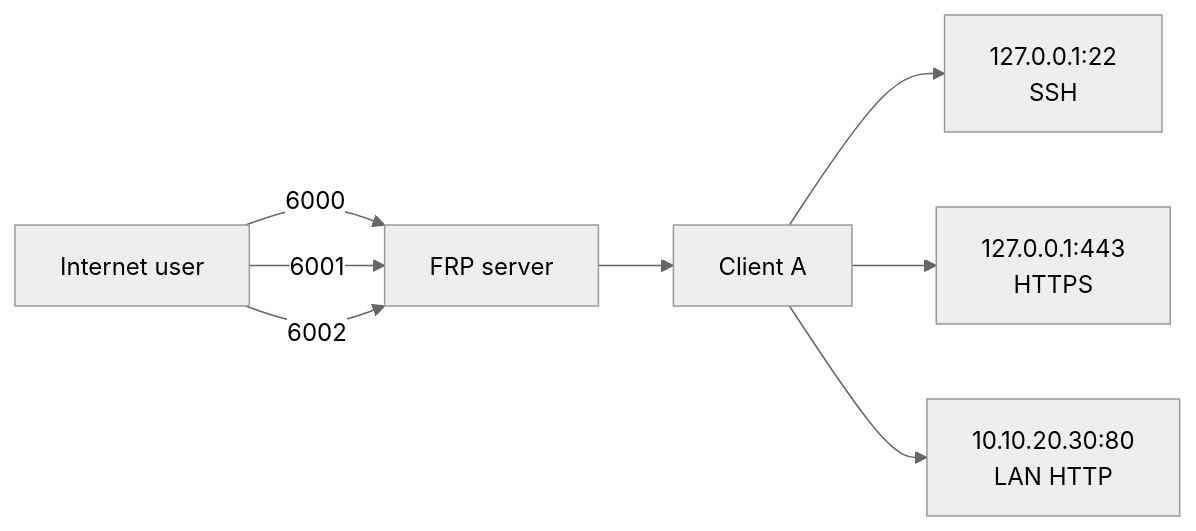
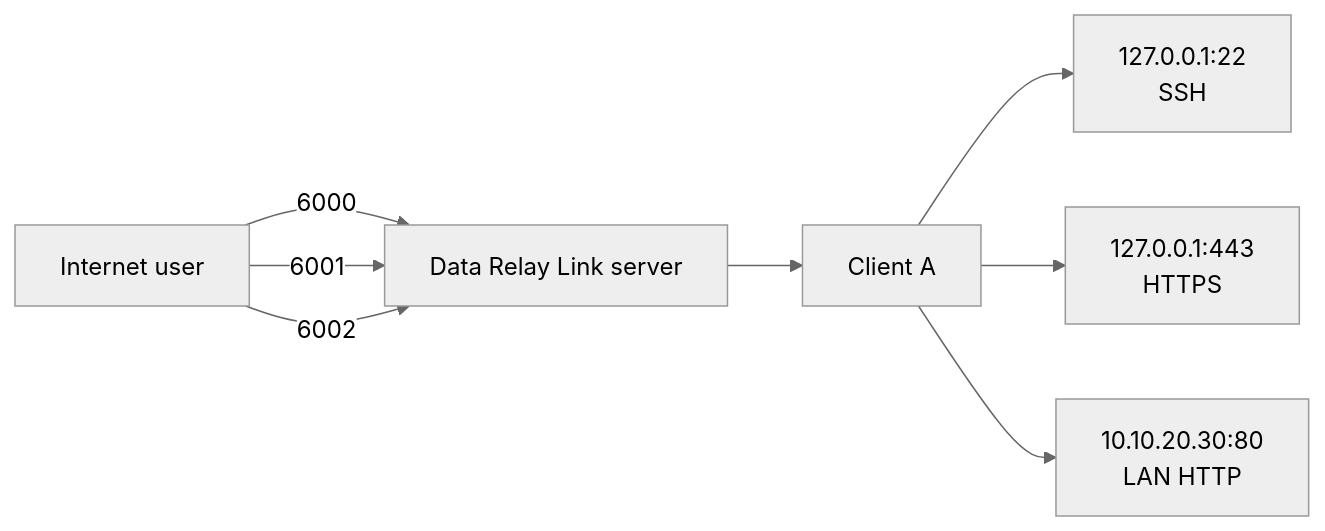
One commit to datarelay-labs/data-relay-link-docs changed the second of 4 diagrams in getting-started/concepts.mdx. Above: the diagram before and after it, drawn with Mermaid (neutral theme). The commit also changed other lines of this file and 36 other files, not shown here.

````diff
--- a/getting-started/concepts.mdx
+++ b/getting-started/concepts.mdx
@@ -49,17 +49,17 @@
 ```mermaid
 flowchart LR
     I[Internet user]
-    S[FRP server]
+    S[Data Relay Link server]
     C[Client A]
     SSH[127.0.0.1:22\nSSH]
     WEB[127.0.0.1:443\nHTTPS]
     LAN[10.10.20.30:80\nLAN HTTP]
 
     I -->|6000| S
     I -->|6001| S
     I -->|6002| S
     S --> C
     C --> SSH
     C --> WEB
     C --> LAN
 ```
````
